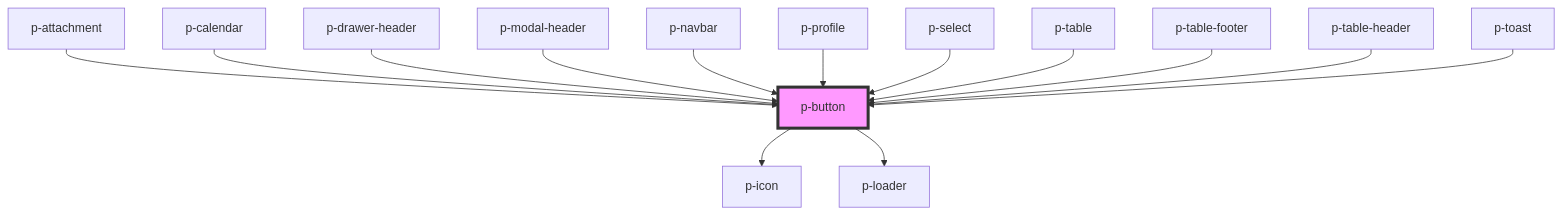
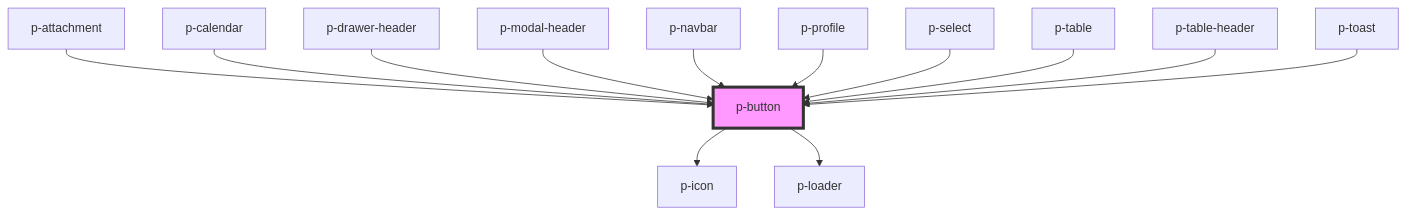
The diagram in packages/core/src/components/molecules/button/readme.md (Employes/Paperless), drawn with Mermaid before and after one commit. The commit also changed other lines of this file and 118 other files, not shown here.

````diff
--- a/packages/core/src/components/molecules/button/readme.md
+++ b/packages/core/src/components/molecules/button/readme.md
@@ -64,17 +63,16 @@
 ```mermaid
 graph TD;
   p-button --> p-icon
   p-button --> p-loader
   p-attachment --> p-button
   p-calendar --> p-button
   p-drawer-header --> p-button
   p-modal-header --> p-button
   p-navbar --> p-button
   p-profile --> p-button
   p-select --> p-button
   p-table --> p-button
-  p-table-footer --> p-button
   p-table-header --> p-button
   p-toast --> p-button
   style p-button fill:#f9f,stroke:#333,stroke-width:4px
 ```
````
